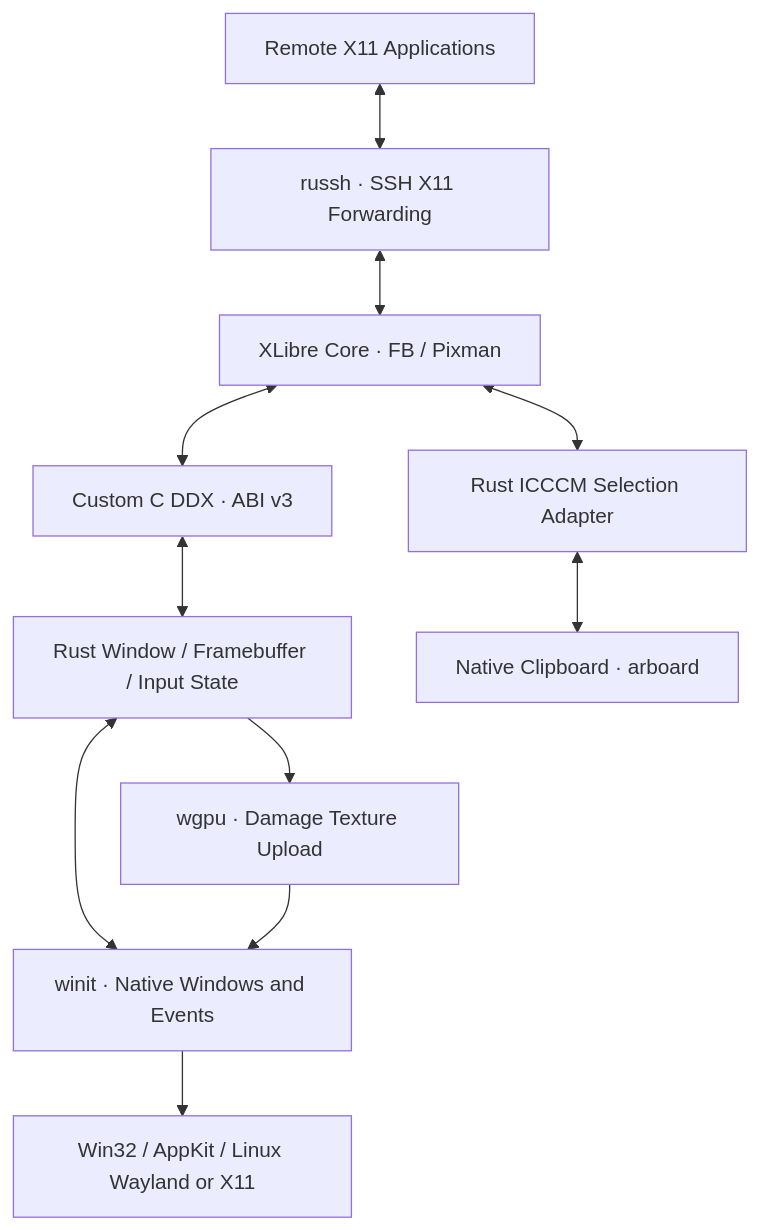
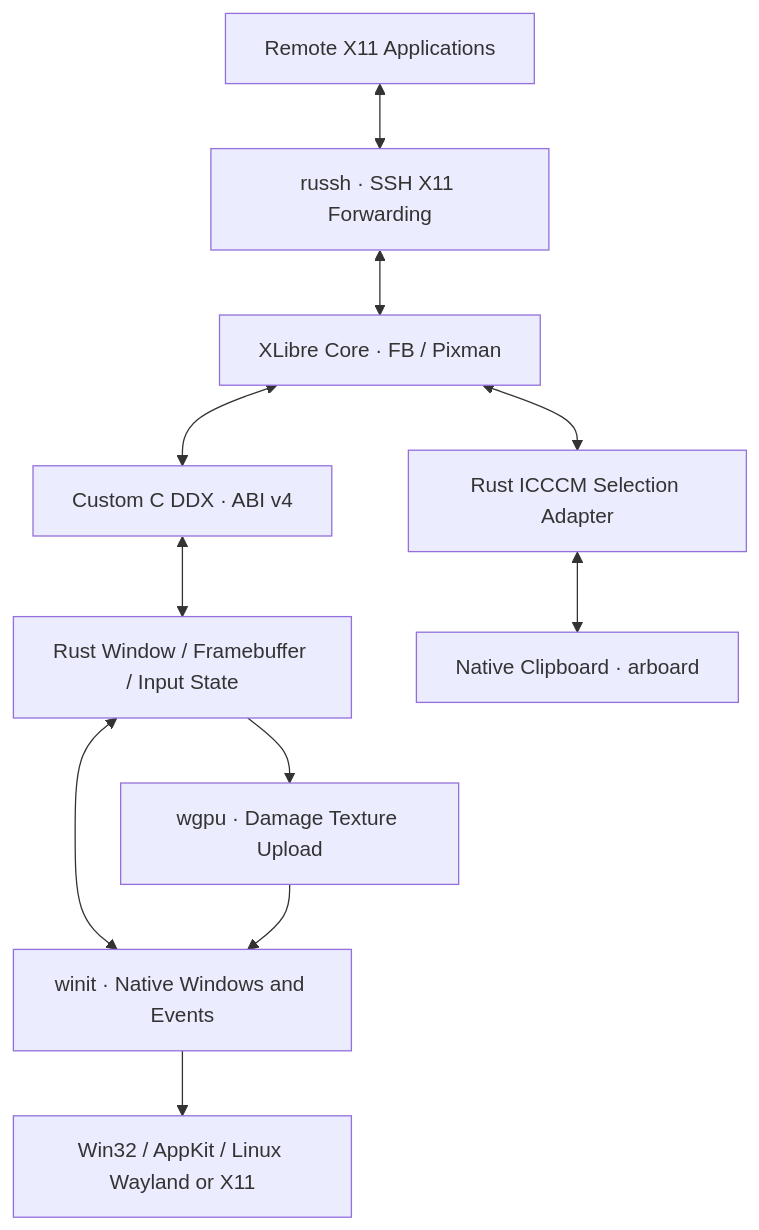
One commit to zephyraluco/WayX changed the diagram in docs/architecture.md. Above: the diagram before and after it, drawn with Mermaid. The commit also changed other lines of this file and 15 other files, not shown here.

````diff
--- a/docs/architecture.md
+++ b/docs/architecture.md
@@ -3,13 +3,13 @@
 ```mermaid
 flowchart TB
   A[Remote X11 Applications] <--> B[russh · SSH X11 Forwarding]
   B <--> C[XLibre Core · FB / Pixman]
-  C <--> D[Custom C DDX · ABI v3]
+  C <--> D[Custom C DDX · ABI v4]
   D <--> E[Rust Window / Framebuffer / Input State]
   E --> F[wgpu · Damage Texture Upload]
   E <--> G[winit · Native Windows and Events]
   F --> G
   C <--> H[Rust ICCCM Selection Adapter]
   H <--> I[Native Clipboard · arboard]
   G --> J[Win32 / AppKit / Linux Wayland or X11]
 ```
````
